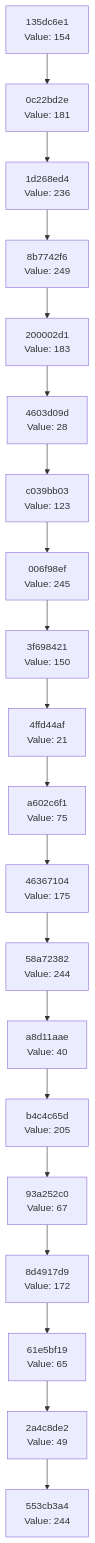
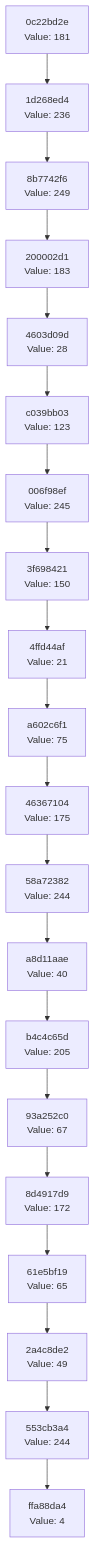
Before and after one commit to Abhisheksinha1506/hash-chain-evolver: the diagram in docs/CHAIN_VISUALIZATION.md, drawn with Mermaid. The commit also changed 2 other files, not shown here.

Commit message:
Evolution Step

````diff
--- a/docs/CHAIN_VISUALIZATION.md
+++ b/docs/CHAIN_VISUALIZATION.md
@@ -3,42 +3,42 @@
 ```mermaid
 graph TD
-    C0["553cb3a4<br/>Value: 244"]
-    C1["2a4c8de2<br/>Value: 49"]
+    C0["ffa88da4<br/>Value: 4"]
+    C1["553cb3a4<br/>Value: 244"]
     C1 --> C0
-    C2["61e5bf19<br/>Value: 65"]
+    C2["2a4c8de2<br/>Value: 49"]
     C2 --> C1
-    C3["8d4917d9<br/>Value: 172"]
+    C3["61e5bf19<br/>Value: 65"]
     C3 --> C2
-    C4["93a252c0<br/>Value: 67"]
+    C4["8d4917d9<br/>Value: 172"]
     C4 --> C3
-    C5["b4c4c65d<br/>Value: 205"]
+    C5["93a252c0<br/>Value: 67"]
     C5 --> C4
-    C6["a8d11aae<br/>Value: 40"]
+    C6["b4c4c65d<br/>Value: 205"]
     C6 --> C5
-    C7["58a72382<br/>Value: 244"]
+    C7["a8d11aae<br/>Value: 40"]
     C7 --> C6
-    C8["46367104<br/>Value: 175"]
+    C8["58a72382<br/>Value: 244"]
     C8 --> C7
-    C9["a602c6f1<br/>Value: 75"]
+    C9["46367104<br/>Value: 175"]
     C9 --> C8
-    C10["4ffd44af<br/>Value: 21"]
+    C10["a602c6f1<br/>Value: 75"]
     C10 --> C9
-    C11["3f698421<br/>Value: 150"]
+    C11["4ffd44af<br/>Value: 21"]
     C11 --> C10
-    C12["006f98ef<br/>Value: 245"]
+    C12["3f698421<br/>Value: 150"]
     C12 --> C11
-    C13["c039bb03<br/>Value: 123"]
+    C13["006f98ef<br/>Value: 245"]
     C13 --> C12
-    C14["4603d09d<br/>Value: 28"]
+    C14["c039bb03<br/>Value: 123"]
     C14 --> C13
-    C15["200002d1<br/>Value: 183"]
+    C15["4603d09d<br/>Value: 28"]
     C15 --> C14
-    C16["8b7742f6<br/>Value: 249"]
+    C16["200002d1<br/>Value: 183"]
     C16 --> C15
-    C17["1d268ed4<br/>Value: 236"]
+    C17["8b7742f6<br/>Value: 249"]
     C17 --> C16
-    C18["0c22bd2e<br/>Value: 181"]
+    C18["1d268ed4<br/>Value: 236"]
     C18 --> C17
-    C19["135dc6e1<br/>Value: 154"]
+    C19["0c22bd2e<br/>Value: 181"]
     C19 --> C18
 ```
````
